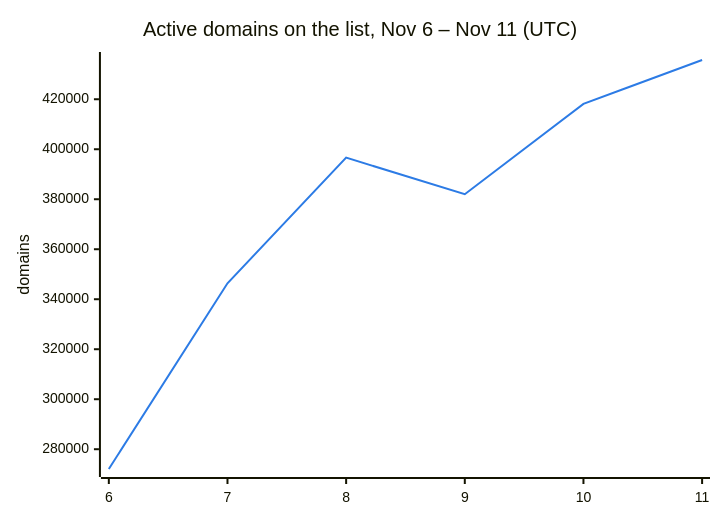
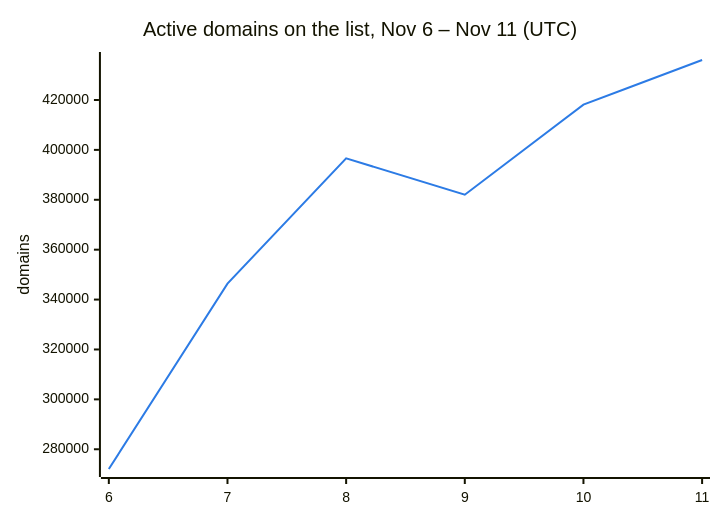
One commit to DNSBunker/CTI changed the second of 3 diagrams in README.md. Above: the diagram before and after it, drawn with Mermaid. The commit also changed other lines of this file and 3 other files, not shown here.

````diff
--- a/README.md
+++ b/README.md
@@ -38,8 +38,8 @@
 ```mermaid
 %%{init: {"themeVariables": {"xyChart": {"plotColorPalette": "#2c7be5"}}}}%%
 xychart-beta
     title "Active domains on the list, Nov 6 – Nov 11 (UTC)"
     x-axis ["6", "7", "8", "9", "10", "11"]
     y-axis "domains"
-    line [272088, 346388, 396638, 382009, 418143, 435700]
+    line [272088, 346388, 396638, 382009, 418143, 436028]
 ```
````
